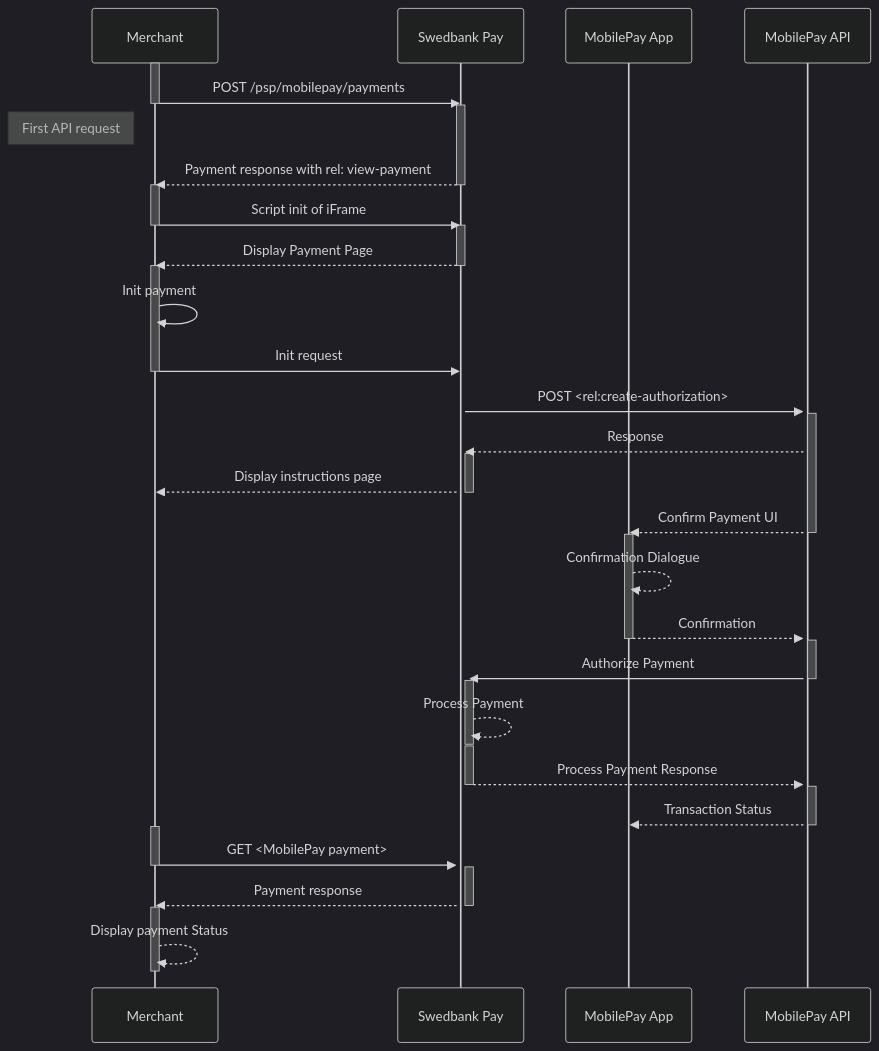
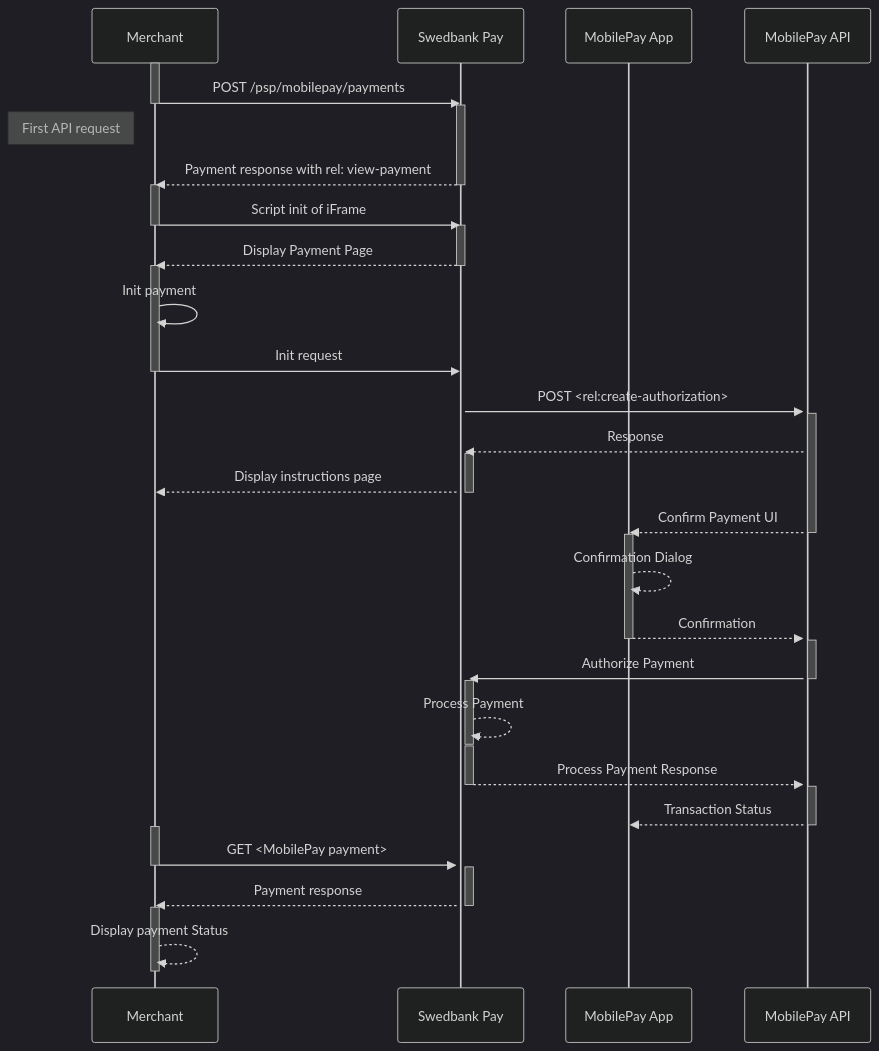
The diagram in payment-instruments/mobile-pay/seamless-view.md (SwedbankPay/developer.swedbankpay.com), drawn with Mermaid (dark theme) before and after one commit. The commit also changed other lines of this file and 62 other files, not shown here.

````diff
--- a/payment-instruments/mobile-pay/seamless-view.md
+++ b/payment-instruments/mobile-pay/seamless-view.md
@@ -229,48 +229,48 @@
 ```mermaid
 sequenceDiagram
     participant Merchant
     participant SwedbankPay as Swedbank Pay
     participant MobilePayApp as MobilePay App
     participant MobilePayApi as MobilePay API
 
     activate Merchant
     Merchant->>-SwedbankPay: POST /psp/mobilepay/payments
     activate SwedbankPay
     note left of Merchant: First API request
     SwedbankPay-->>-Merchant: Payment response with rel: view-payment
     activate Merchant
     Merchant->>-SwedbankPay: Script init of iFrame
     activate SwedbankPay
     SwedbankPay-->>-Merchant: Display Payment Page
     activate Merchant
     Merchant->>Merchant: Init payment
     Merchant->>-SwedbankPay: Init request
 
     activate SwedbankPay
     SwedbankPay->>+MobilePayApi: POST <rel:create-authorization>
     activate MobilePayApi
     MobilePayApi-->>+SwedbankPay: Response
     activate SwedbankPay
     SwedbankPay-->>-Merchant: Display instructions page
 
     MobilePayApi-->>-MobilePayApp: Confirm Payment UI
     activate MobilePayApp
-    MobilePayApp-->>MobilePayApp: Confirmation Dialogue
+    MobilePayApp-->>MobilePayApp: Confirmation Dialog
     MobilePayApp-->>-MobilePayApi: Confirmation
 
     activate MobilePayApi
     MobilePayApi->>-SwedbankPay: Authorize Payment
     activate SwedbankPay
     SwedbankPay-->>-SwedbankPay: Process Payment
     activate SwedbankPay
     SwedbankPay-->>-MobilePayApi: Process Payment Response
     activate MobilePayApi
     MobilePayApi-->>-MobilePayApp: Transaction Status
 
     activate Merchant
     Merchant->>- SwedbankPay: GET <MobilePay payment>
     activate  SwedbankPay
     SwedbankPay-->>-Merchant: Payment response
     activate Merchant
     Merchant-->>-Merchant: Display payment Status
 ```
````
